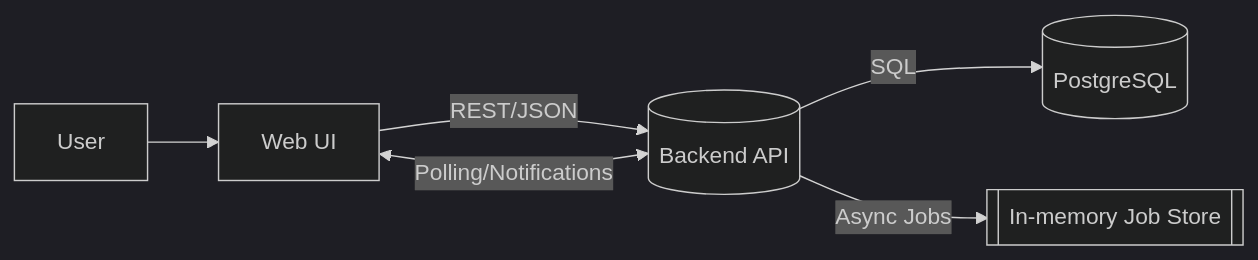
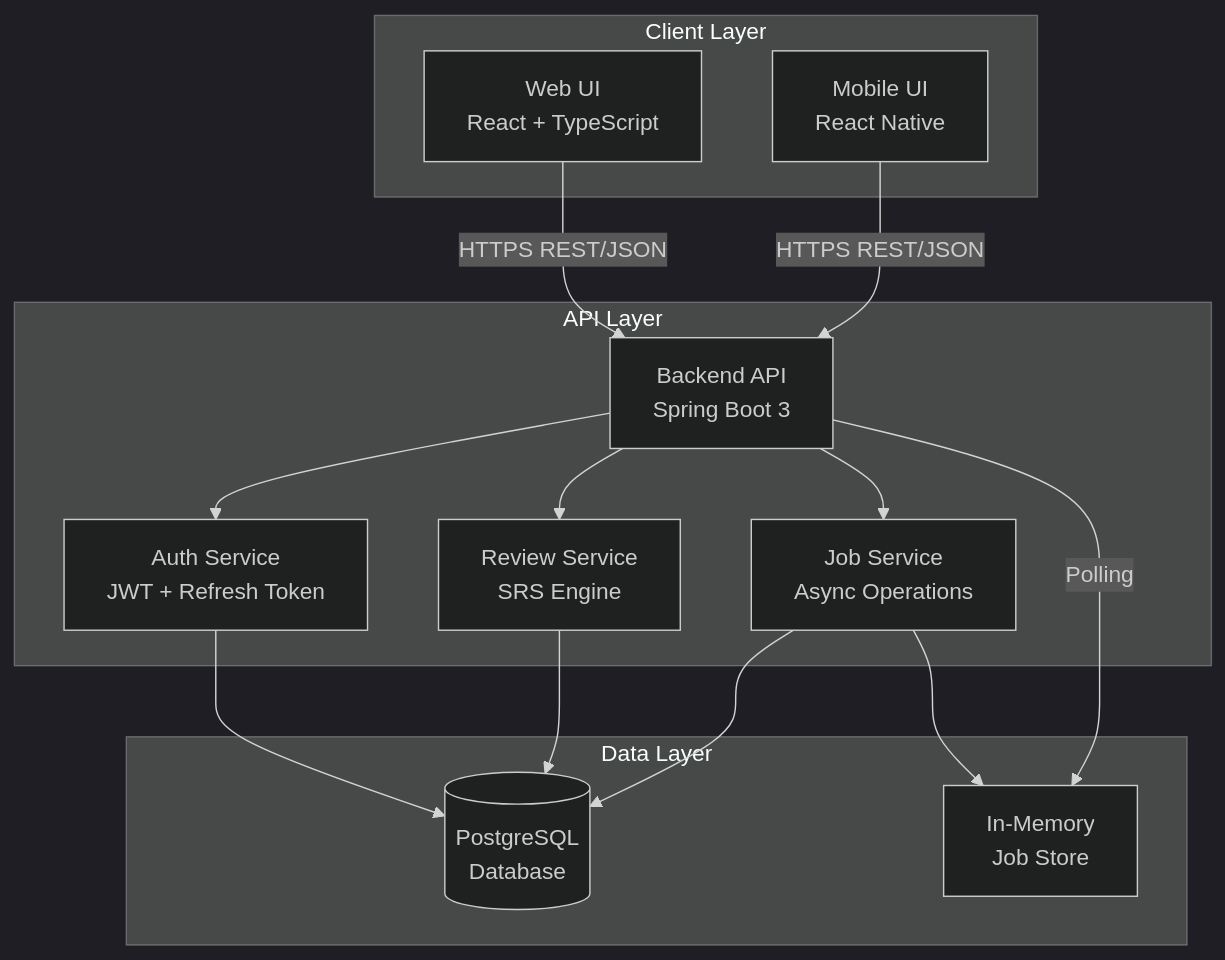
The diagram in 00_docs/02-system-analysis/01-architecture-overview.md (ntgptit/repeatwise), drawn with Mermaid (dark theme) before and after one commit. The commit also changed other lines of this file and 161 other files, not shown here.

````diff
--- a/00_docs/02-system-analysis/01-architecture-overview.md
+++ b/00_docs/02-system-analysis/01-architecture-overview.md
@@ -16,8 +18,30 @@
 ```mermaid
-flowchart LR
-  U[User] --> FE[Web UI]
-  FE -->|REST/JSON| API[(Backend API)]
-  API -->|SQL| DB[(PostgreSQL)]
-  API -->|Async Jobs| JOBS[[In‑memory Job Store]]
-  FE <-->|Polling/Notifications| API
+flowchart TB
+  subgraph "Client Layer"
+    WEB[Web UI<br/>React + TypeScript]
+    MOBILE[Mobile UI<br/>React Native]
+  end
+  
+  subgraph "API Layer"
+    API[Backend API<br/>Spring Boot 3]
+    AUTH[Auth Service<br/>JWT + Refresh Token]
+    REVIEW[Review Service<br/>SRS Engine]
+    JOBS[Job Service<br/>Async Operations]
+  end
+  
+  subgraph "Data Layer"
+    DB[(PostgreSQL<br/>Database)]
+    JOBSTORE[In-Memory<br/>Job Store]
+  end
+  
+  WEB -->|HTTPS REST/JSON| API
+  MOBILE -->|HTTPS REST/JSON| API
+  API --> AUTH
+  API --> REVIEW
+  API --> JOBS
+  AUTH --> DB
+  REVIEW --> DB
+  JOBS --> DB
+  JOBS --> JOBSTORE
+  API -->|Polling| JOBSTORE
 ```
````
